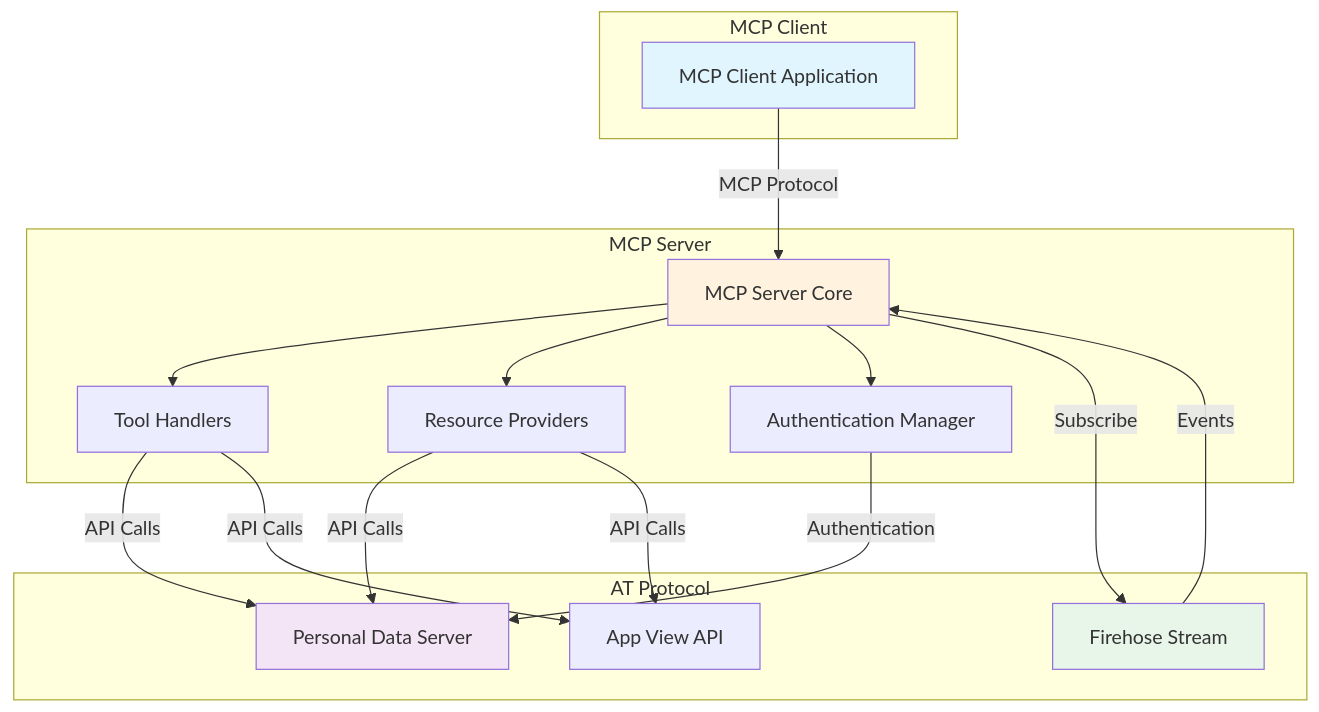
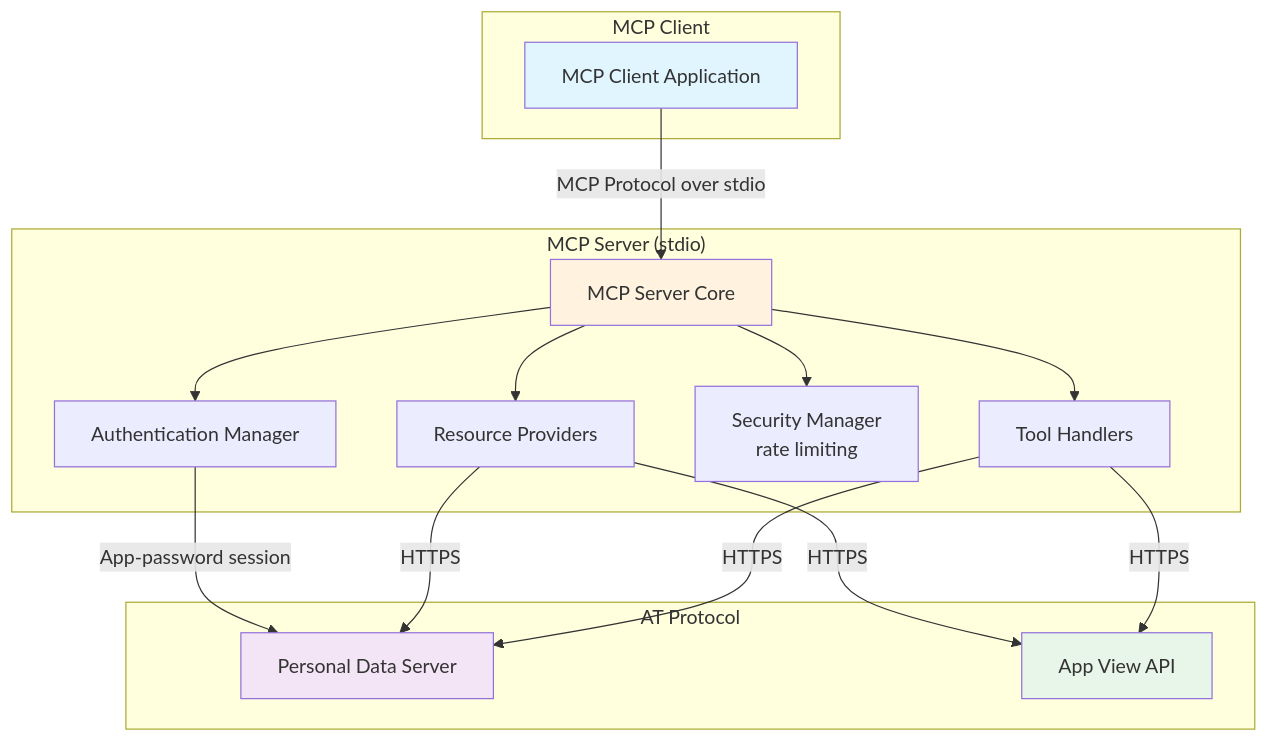
The first of 15 diagrams in docs/diagrams/architecture.md (cameronrye/atproto-mcp), drawn with Mermaid before and after one commit. The commit also changed other lines of this file and 103 other files, not shown here.

````diff
--- a/docs/diagrams/architecture.md
+++ b/docs/diagrams/architecture.md
@@ -7,38 +20,36 @@
 ```mermaid
 graph TB
     subgraph "MCP Client"
         Client[MCP Client Application]
     end
-    
-    subgraph "MCP Server"
+
+    subgraph "MCP Server (stdio)"
         Server[MCP Server Core]
         Tools[Tool Handlers]
         Resources[Resource Providers]
+        Security[Security Manager<br/>rate limiting]
         Auth[Authentication Manager]
     end
-    
+
     subgraph "AT Protocol"
         PDS[Personal Data Server]
-        Firehose[Firehose Stream]
         AppView[App View API]
     end
-    
-    Client -->|MCP Protocol| Server
+
+    Client -->|MCP Protocol over stdio| Server
+    Server --> Security
     Server --> Tools
     Server --> Resources
     Server --> Auth
-    
-    Tools -->|API Calls| PDS
-    Tools -->|API Calls| AppView
-    Resources -->|API Calls| PDS
-    Resources -->|API Calls| AppView
-    Auth -->|Authentication| PDS
-    
-    Server -->|Subscribe| Firehose
-    Firehose -->|Events| Server
-    
+
+    Tools -->|HTTPS| PDS
+    Tools -->|HTTPS| AppView
+    Resources -->|HTTPS| PDS
+    Resources -->|HTTPS| AppView
+    Auth -->|App-password session| PDS
+
     style Client fill:#e1f5ff
     style Server fill:#fff3e0
     style PDS fill:#f3e5f5
-    style Firehose fill:#e8f5e9
+    style AppView fill:#e8f5e9
 ```
````
